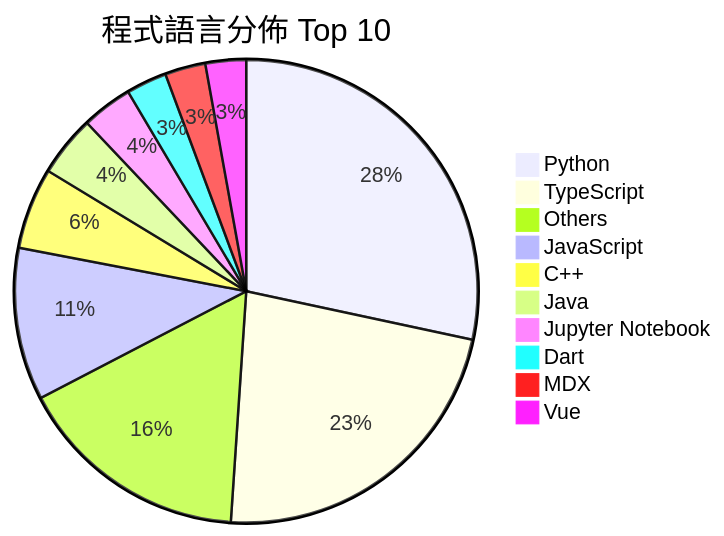
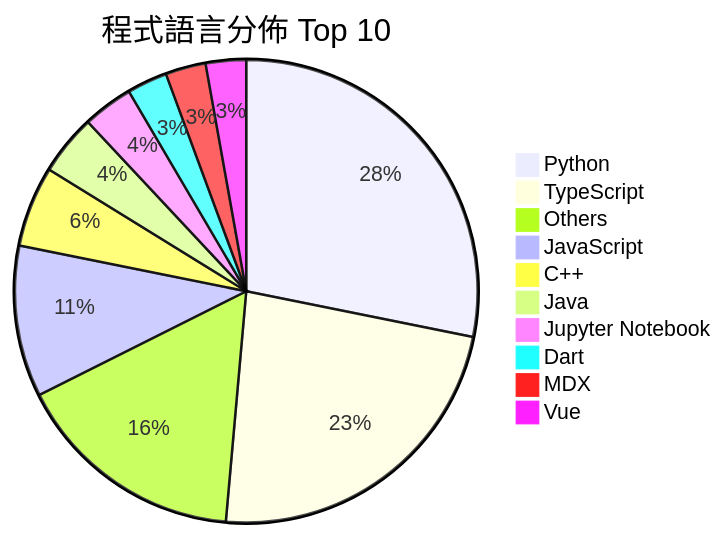
One commit to Andy87877/GitHub-Star-Manager changed the second of 2 diagrams in README.md. Above: the diagram before and after it, drawn with Mermaid. The commit also changed other lines of this file and 3 other files, not shown here.

````diff
--- a/README.md
+++ b/README.md
@@ -27,13 +27,13 @@
 ```mermaid
 pie title 程式語言分佈 Top 10
     "Python" : 40
-    "TypeScript" : 32
+    "TypeScript" : 33
     "Others" : 23
     "JavaScript" : 15
     "C++" : 8
     "Java" : 6
     "Jupyter Notebook" : 5
     "Dart" : 4
     "MDX" : 4
     "Vue" : 4
 ```
````
